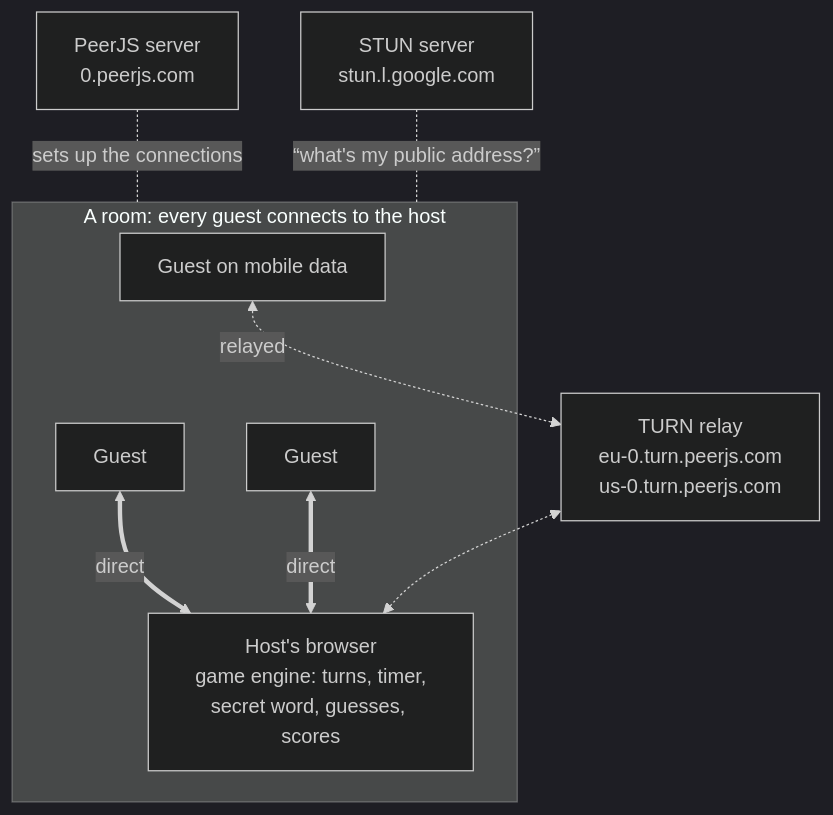
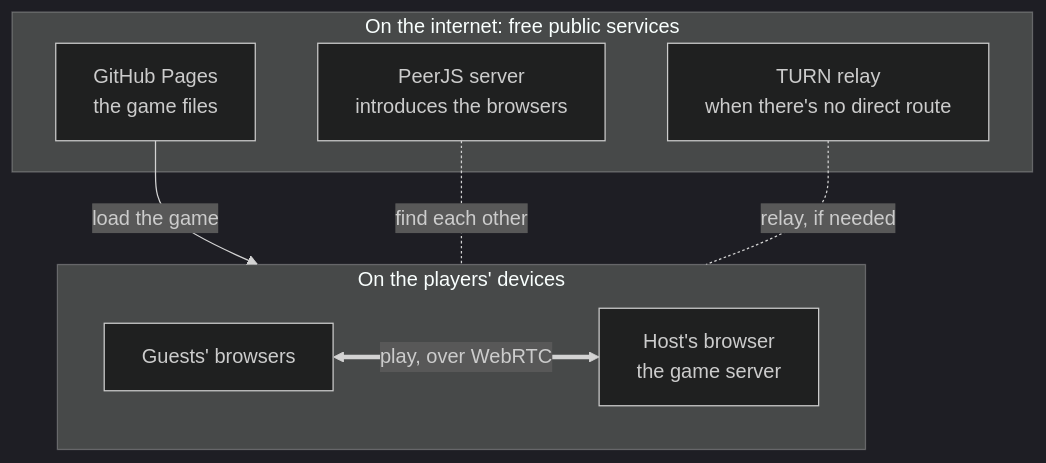
Before and after one commit to fredy-mederos/guess_my_mess: the diagram in README.md, drawn with Mermaid (dark theme). The commit also changed other lines of this file, not shown here.

First line of the commit message:
Simplify the README's connection diagram

````diff
--- a/README.md
+++ b/README.md
@@ -94,18 +94,16 @@
 ```mermaid
 flowchart TB
-    signal["PeerJS server<br/>0.peerjs.com"]
-    stun["STUN server<br/>stun.l.google.com"]
-    subgraph room["A room: every guest connects to the host"]
-        g3["Guest on mobile data"]
-        g1["Guest"]
-        g2["Guest"]
-        host["Host's browser<br/>game engine: turns, timer,<br/>secret word, guesses, scores"]
+    subgraph internet["On the internet: free public services"]
+        pages["GitHub Pages<br/>the game files"]
+        peerjs["PeerJS server<br/>introduces the browsers"]
+        relay["TURN relay<br/>when there's no direct route"]
     end
-    turn["TURN relay<br/>eu-0.turn.peerjs.com<br/>us-0.turn.peerjs.com"]
-    signal -. "sets up the connections" .- room
-    stun -. "“what's my public address?”" .- room
-    g1 <== "direct" ==> host
-    g2 <== "direct" ==> host
-    g3 <-. "relayed" .-> turn
-    turn <-.-> host
+    subgraph devices["On the players' devices"]
+        guests["Guests' browsers"]
+        host["Host's browser<br/>the game server"]
+    end
+    pages -- "load the game" --> devices
+    peerjs -. "find each other" .- devices
+    relay -. "relay, if needed" .- devices
+    guests <== "play, over WebRTC" ==> host
 ```
````
